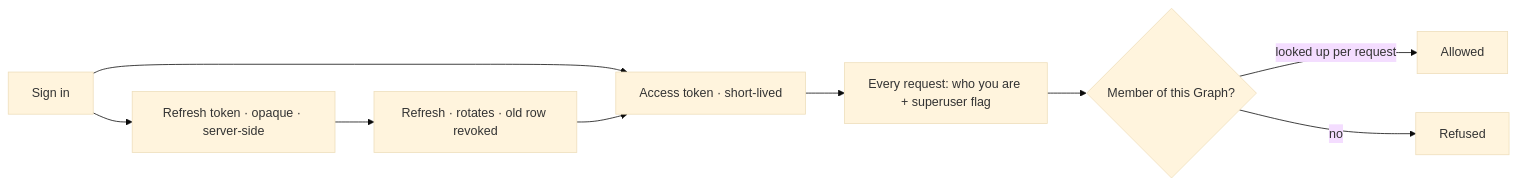
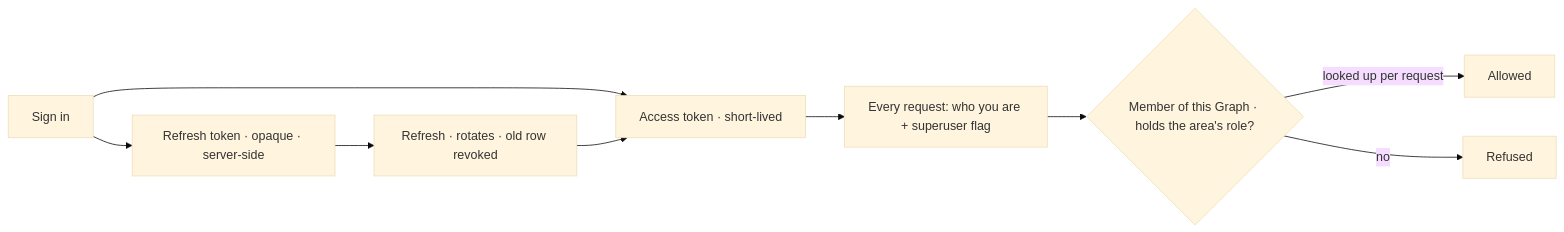
The diagram in docs/for-developers/modules/identity-and-access/spec.md (invana/invana), drawn with Mermaid (base theme) before and after one commit. The commit also changed other lines of this file and 56 other files, not shown here.

````diff
--- a/docs/for-developers/modules/identity-and-access/spec.md
+++ b/docs/for-developers/modules/identity-and-access/spec.md
@@ -52,11 +53,11 @@
 ```mermaid
 flowchart LR
     A[Sign in] --> B[Access token · short-lived]
     A --> C[Refresh token · opaque · server-side]
     B --> D[Every request: who you are + superuser flag]
-    D --> E{Member of this Graph?}
+    D --> E{Member of this Graph · holds the area's role?}
     E -->|looked up per request| F[Allowed]
     E -->|no| G[Refused]
     C --> H[Refresh · rotates · old row revoked]
     H --> B
 ```
````
